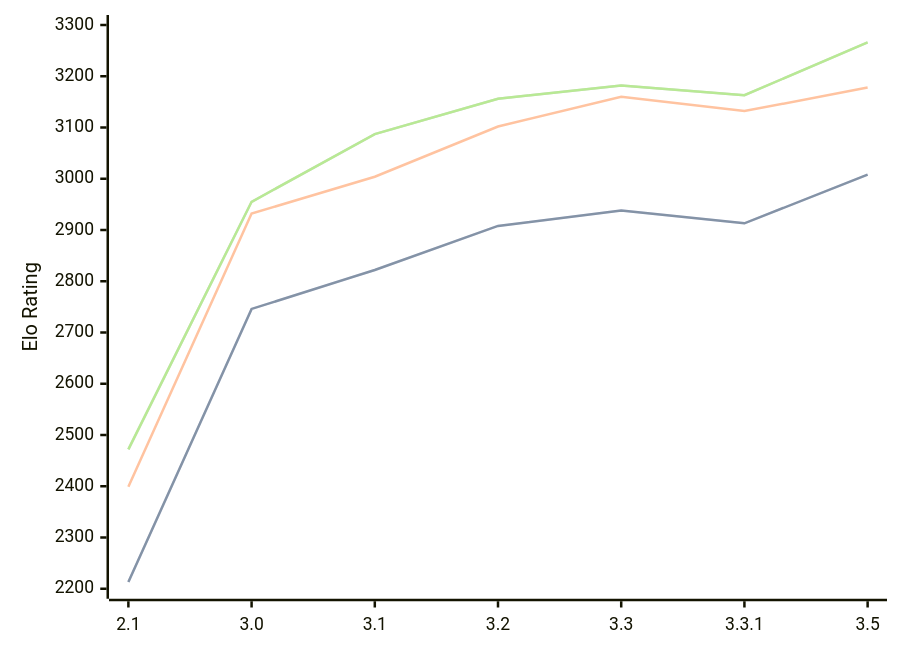
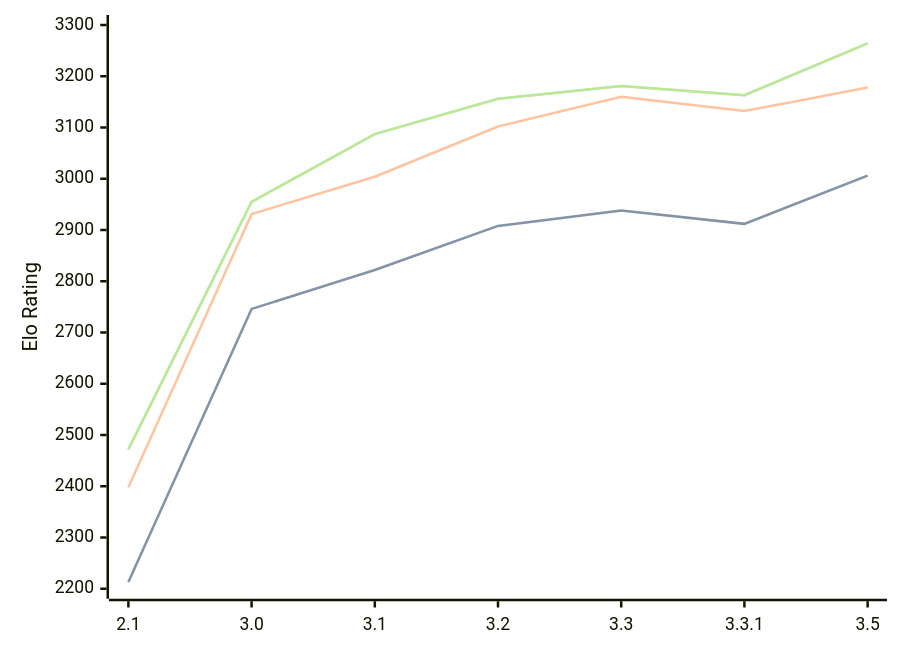
One commit to computer-chess-index/cci changed the diagram in engines/Petrel.md. Above: the diagram before and after it, drawn with Mermaid. The commit also changed other lines of this file, not shown here.

Commit message:
Update CCI Ratings (ELO VLTC) - 2026-07-27

````diff
--- a/engines/Petrel.md
+++ b/engines/Petrel.md
@@ -46,11 +46,11 @@
 ```mermaid
 %%{init: {"theme":"base","themeVariables":{"seriesColors:['#a3a3a3','#222221','#faa371']}}}%%
 xychart-beta
   x-axis ["2.1", "3.0", "3.1", "3.2", "3.3", "3.3.1", "3.5"]
   y-axis "Elo Rating" 2200 --> 3300
-  line "STC (8.0+0.08s)" [2213, 2746, 2822, 2908, 2938, 2913, 3008]
-  line "STC (8.0+0.08s)" [2213, 2746, 2822, 2908, 2938, 2913, 3008]
-  line "LTC (60.0+0.60s)" [2399, 2932, 3004, 3102, 3160, 3132, 3178]
-  line "VLTC (2m24s+1.12s)" [2472, 2955, 3087, 3156, 3182, 3163, 3266]
-  line "VLTC (2m24s+1.12s)" [2472, 2955, 3087, 3156, 3182, 3163, 3266]
+  line "STC (8.0+0.08s)" [2213, 2746, 2822, 2908, 2938, 2912, 3006]
+  line "STC (8.0+0.08s)" [2213, 2746, 2822, 2908, 2938, 2912, 3006]
+  line "LTC (60.0+0.60s)" [2398, 2931, 3004, 3102, 3160, 3132, 3178]
+  line "VLTC (2m24s+1.12s)" [2472, 2955, 3087, 3156, 3181, 3163, 3264]
+  line "VLTC (2m24s+1.12s)" [2472, 2955, 3087, 3156, 3181, 3163, 3264]
 ```
````
